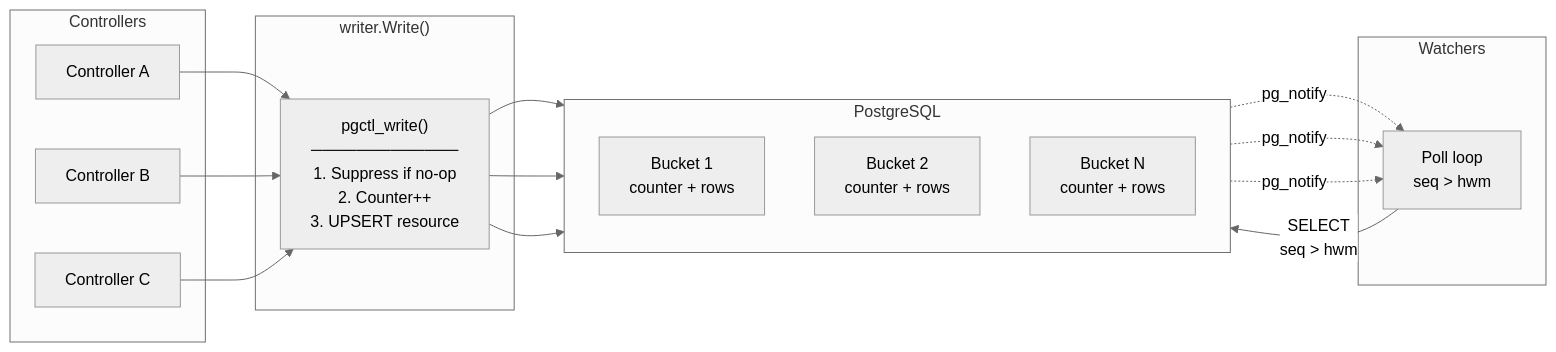
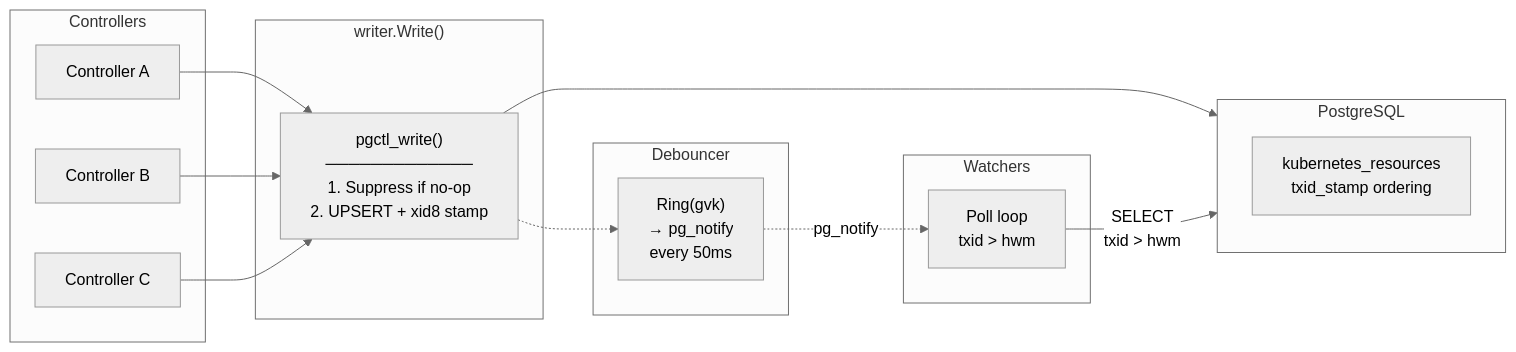
Before and after one commit to jmelis/postgres-controller-backend: the diagram in README.md, drawn with Mermaid (neutral theme). The commit also changed other lines of this file and 96 other files, not shown here.

````diff
--- a/README.md
+++ b/README.md
@@ -61,38 +60,36 @@
 ```mermaid
 flowchart LR
     subgraph Controllers
         C1[Controller A]
         C2[Controller B]
         C3[Controller C]
     end
 
     subgraph "writer.Write()"
         W["pgctl_write()
         ─────────────
         1. Suppress if no-op
-        2. Counter++
-        3. UPSERT resource"]
+        2. UPSERT + xid8 stamp"]
     end
 
     subgraph PostgreSQL
         direction TB
-        B1["Bucket 1\n counter + rows"]
-        B2["Bucket 2\n counter + rows"]
-        BN["Bucket N\n counter + rows"]
+        PG["kubernetes_resources\n txid_stamp ordering"]
     end
 
     subgraph Watchers
-        WA["Poll loop\n seq > hwm"]
+        WA["Poll loop\n txid > hwm"]
+    end
+
+    subgraph Debouncer
+        DB["Ring(gvk)\n → pg_notify\n every 50ms"]
     end
 
     C1 --> W
     C2 --> W
     C3 --> W
-    W --> B1
-    W --> B2
-    W --> BN
-    B1 -.->|pg_notify| WA
-    B2 -.->|pg_notify| WA
-    BN -.->|pg_notify| WA
-    WA -->|"SELECT\n seq > hwm"| PostgreSQL
+    W --> PG
+    W -.-> DB
+    DB -.->|pg_notify| WA
+    WA -->|"SELECT\n txid > hwm"| PostgreSQL
 ```
````
